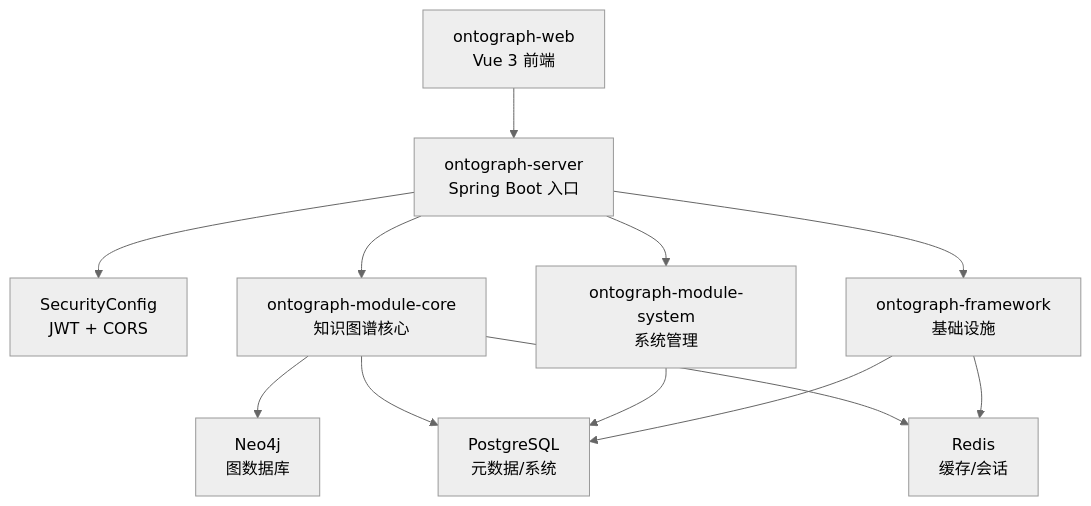
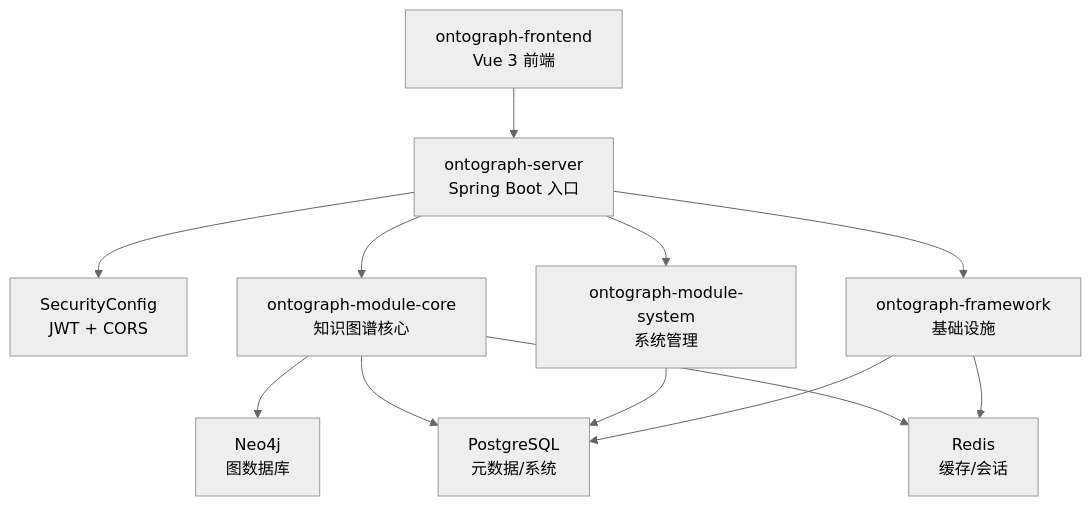
Before and after one commit to joezxh/graphiti-java: the second of 8 diagrams in docs/manual/项目概述/项目概述.md, drawn with Mermaid (neutral theme). The commit also changed 27389 other files, not shown here.

Commit message:
refactor: 将 ontograph-web 重命名为 ontograph-frontend

````diff
--- a/docs/manual/项目概述/项目概述.md
+++ b/docs/manual/项目概述/项目概述.md
@@ -128,23 +128,23 @@
 ```mermaid
 graph TB
-FE["ontograph-web<br/>Vue 3 前端"]
+FE["ontograph-frontend<br/>Vue 3 前端"]
 BE["ontograph-server<br/>Spring Boot 入口"]
 AUTH["SecurityConfig<br/>JWT + CORS"]
 CORE["ontograph-module-core<br/>知识图谱核心"]
 SYS["ontograph-module-system<br/>系统管理"]
 FRAME["ontograph-framework<br/>基础设施"]
 N4J["Neo4j<br/>图数据库"]
 PG["PostgreSQL<br/>元数据/系统"]
 REDIS["Redis<br/>缓存/会话"]
 FE --> BE
 BE --> AUTH
 BE --> CORE
 BE --> SYS
 BE --> FRAME
 CORE --> N4J
 CORE --> PG
 CORE --> REDIS
 SYS --> PG
 FRAME --> PG
 FRAME --> REDIS
 ```
````
